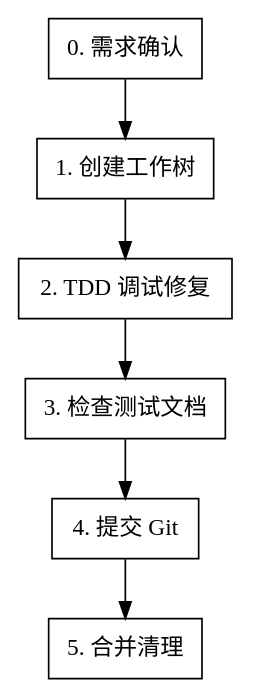
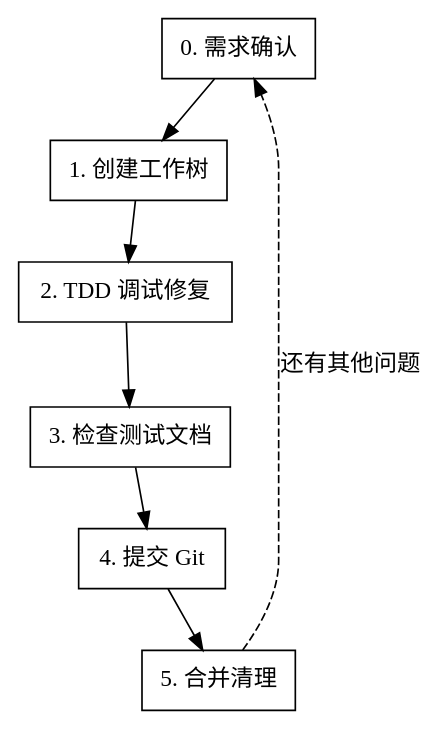
The diagram in bug-fix-workflow/SKILL.md (marcocpt/trae_skills), drawn with Graphviz before and after one commit. The commit also changed other lines of this file and 1 other file, not shown here.

````diff
--- a/bug-fix-workflow/SKILL.md
+++ b/bug-fix-workflow/SKILL.md
@@ -22,11 +22,12 @@
 ```dot
 digraph bug_fix_workflow {
     rankdir=TB;
     node [shape=box];
     "0. 需求确认" -> "1. 创建工作树";
     "1. 创建工作树" -> "2. TDD 调试修复";
     "2. TDD 调试修复" -> "3. 检查测试文档";
     "3. 检查测试文档" -> "4. 提交 Git";
     "4. 提交 Git" -> "5. 合并清理";
+    "5. 合并清理" -> "0. 需求确认" [label="还有其他问题", style=dashed];
 }
 ```
````
